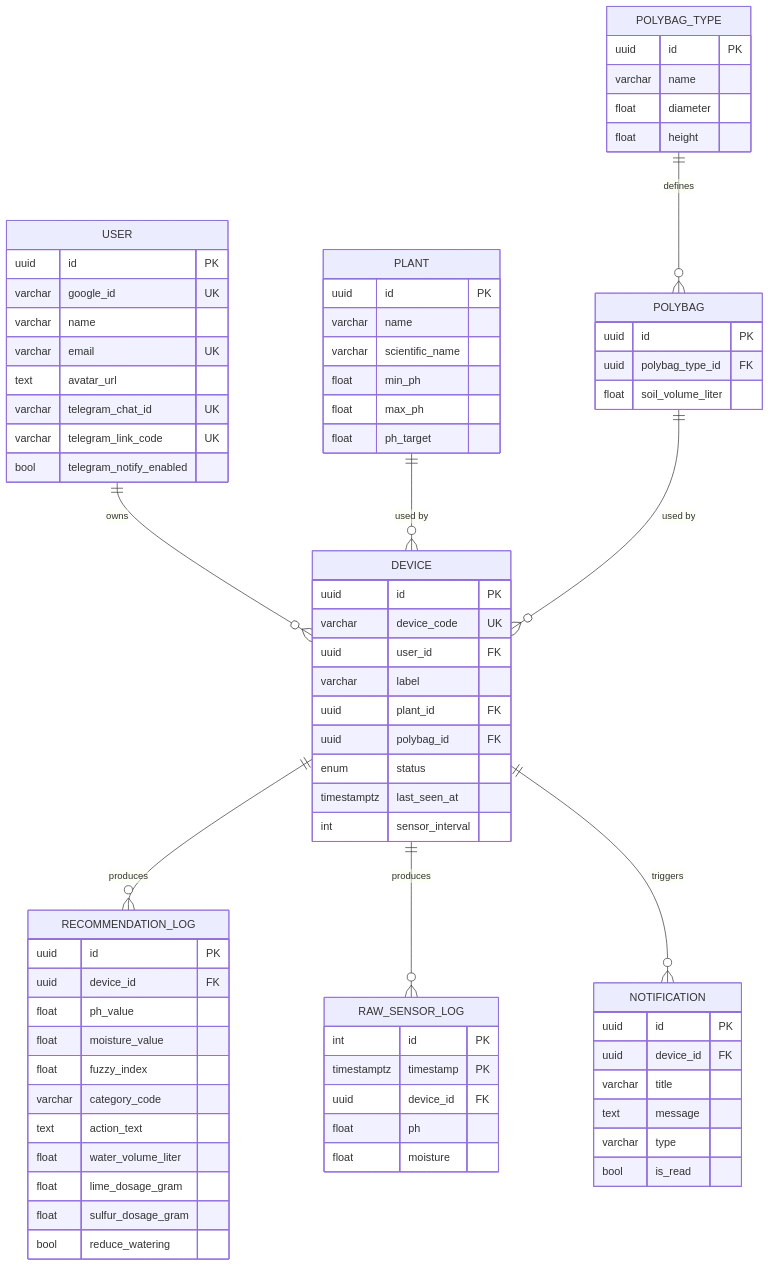
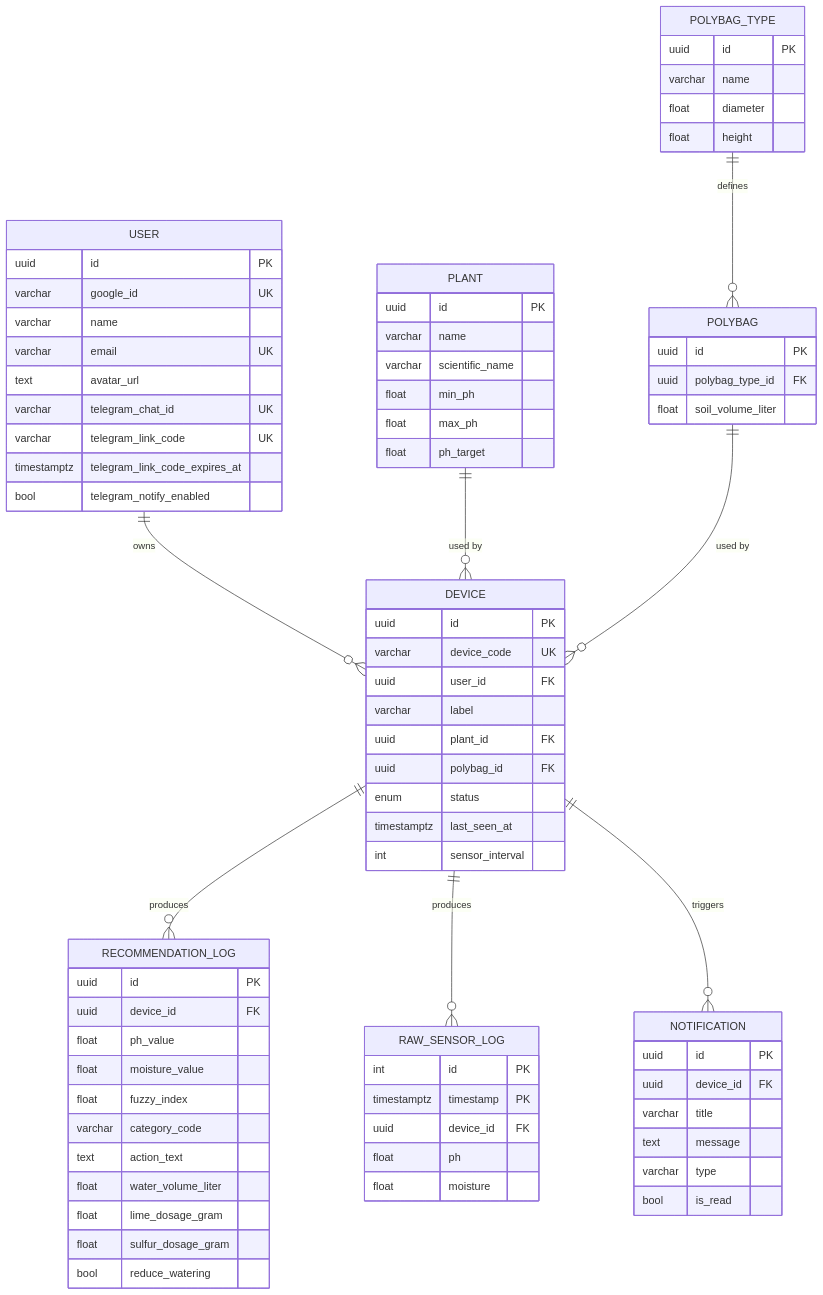
One commit to Capstone2026-E04/Subur.in changed the diagram in docs/architecture/database-schema.md. Above: the diagram before and after it, drawn with Mermaid. The commit also changed 10 other files, not shown here.

````diff
--- a/docs/architecture/database-schema.md
+++ b/docs/architecture/database-schema.md
@@ -20,79 +20,80 @@
 ```mermaid
 erDiagram
     USER ||--o{ DEVICE : owns
     PLANT ||--o{ DEVICE : "used by"
     POLYBAG ||--o{ DEVICE : "used by"
     POLYBAG_TYPE ||--o{ POLYBAG : defines
     DEVICE ||--o{ RECOMMENDATION_LOG : produces
     DEVICE ||--o{ RAW_SENSOR_LOG : produces
     DEVICE ||--o{ NOTIFICATION : triggers
 
     USER {
         uuid id PK
         varchar google_id UK
         varchar name
         varchar email UK
         text avatar_url
         varchar telegram_chat_id UK
         varchar telegram_link_code UK
+        timestamptz telegram_link_code_expires_at
         bool telegram_notify_enabled
     }
     DEVICE {
         uuid id PK
         varchar device_code UK
         uuid user_id FK
         varchar label
         uuid plant_id FK
         uuid polybag_id FK
         enum status
         timestamptz last_seen_at
         int sensor_interval
     }
     PLANT {
         uuid id PK
         varchar name
         varchar scientific_name
         float min_ph
         float max_ph
         float ph_target
     }
     POLYBAG_TYPE {
         uuid id PK
         varchar name
         float diameter
         float height
     }
     POLYBAG {
         uuid id PK
         uuid polybag_type_id FK
         float soil_volume_liter
     }
     RECOMMENDATION_LOG {
         uuid id PK
         uuid device_id FK
         float ph_value
         float moisture_value
         float fuzzy_index
         varchar category_code
         text action_text
         float water_volume_liter
         float lime_dosage_gram
         float sulfur_dosage_gram
         bool reduce_watering
     }
     RAW_SENSOR_LOG {
         int id PK
         timestamptz timestamp PK
         uuid device_id FK
         float ph
         float moisture
     }
     NOTIFICATION {
         uuid id PK
         uuid device_id FK
         varchar title
         text message
         varchar type
         bool is_read
     }
 ```
````
